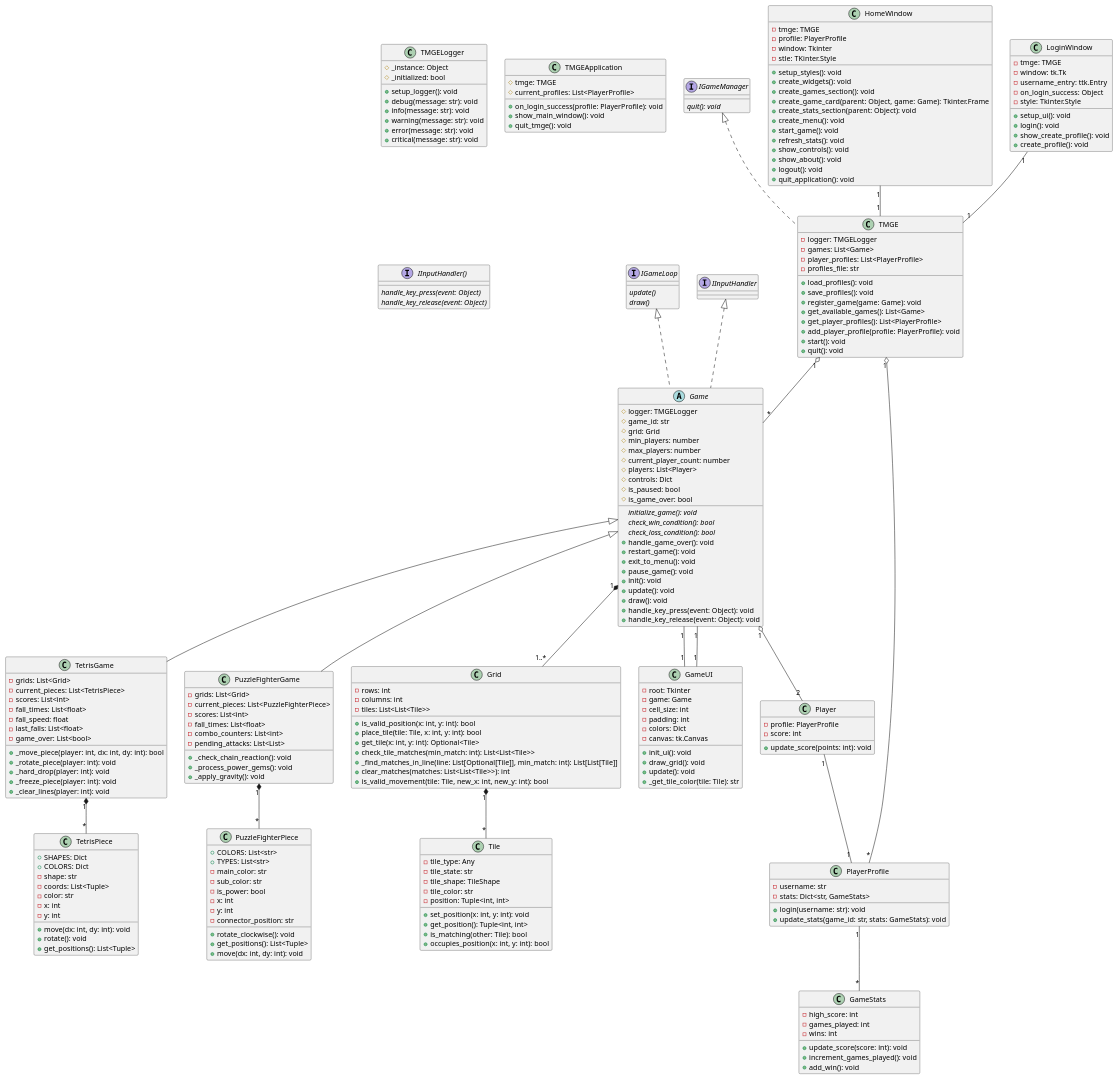
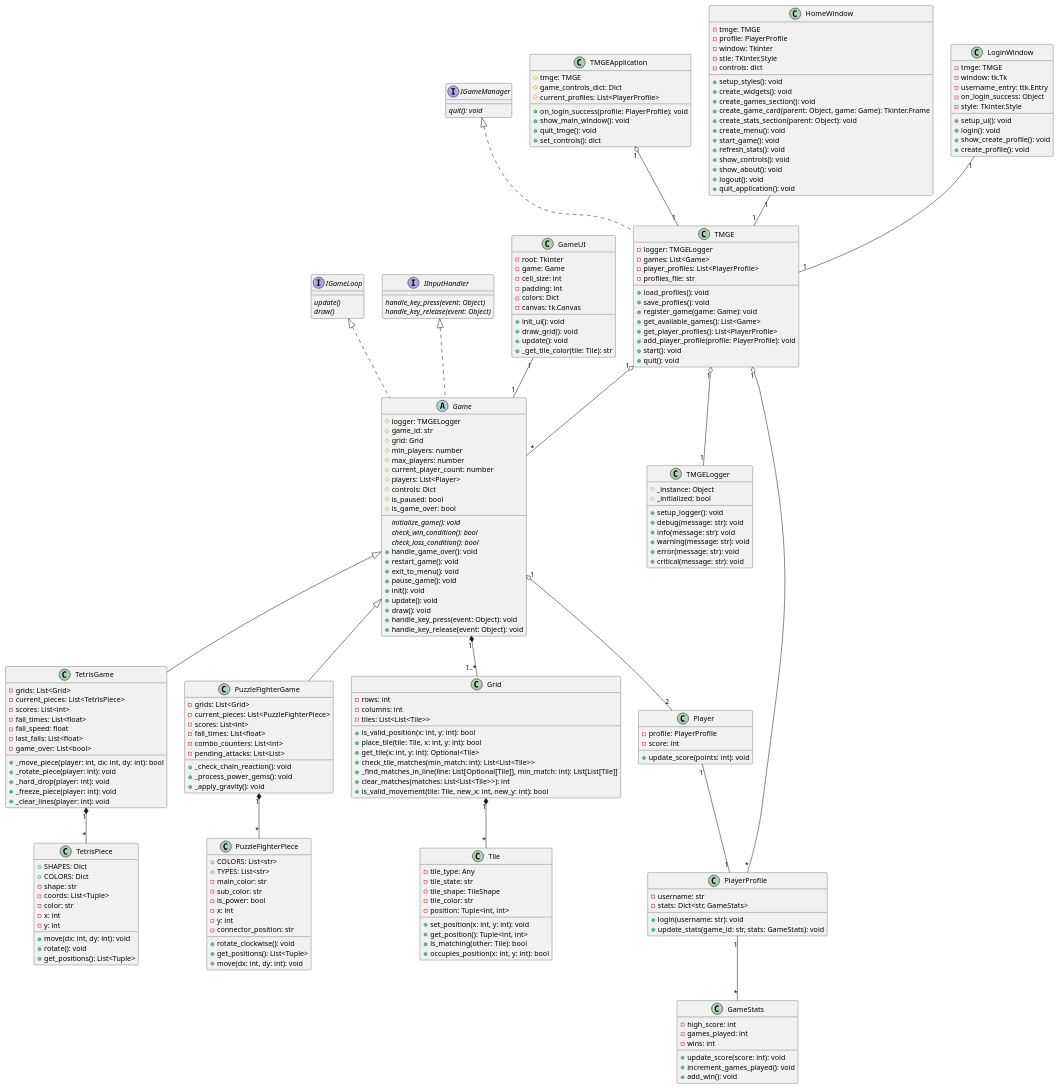
Before and after one commit to mcdipples/2d-Tile-GameDev-Ennvironment: the diagram in uml-final.puml, drawn with PlantUML. The commit also changed 16 other files, not shown here.

First line of the commit message:
Dev game controls (#1)

```diff
--- a/uml-final.puml
+++ b/uml-final.puml
@@ -28,10 +28,12 @@
 
 class TMGEApplication {
     #tmge: TMGE
+    #game_controls_dict: Dict
     #current_profiles: List<PlayerProfile>
     +on_login_success(profile: PlayerProfile): void
     +show_main_window(): void
     +quit_tmge(): void
+    +set_controls(): dict
 }
 
 ' --- Games ---
@@ -160,6 +162,7 @@
     -profile: PlayerProfile
     -window: Tkinter
     -stle: TKinter.Style
+    -controls: dict
     +setup_styles(): void
     +create_widgets(): void
     +create_games_section(): void
@@ -218,7 +221,7 @@
     {abstract} draw()
 }
 
-interface IInputHandler() {
+interface IInputHandler {
     {abstract} handle_key_press(event: Object)
     {abstract} handle_key_release(event: Object)
 }
@@ -226,11 +229,12 @@
 
 
 ' --- Relationships ---
+TMGEApplication "1" o-- "1" TMGE
 TMGE "1" o-- "*" Game
 TMGE "1" o-- "*" PlayerProfile
+TMGE "1" o-- "1" TMGELogger
 Game "1" *-- "1..*" Grid
 Game "1" o-- "2" Player
-Game "1" -- "1" GameUI
 TetrisGame "1" *-- "*" TetrisPiece
 PuzzleFighterGame "1" *-- "*" PuzzleFighterPiece
 Grid "1" *-- "*" Tile
```
